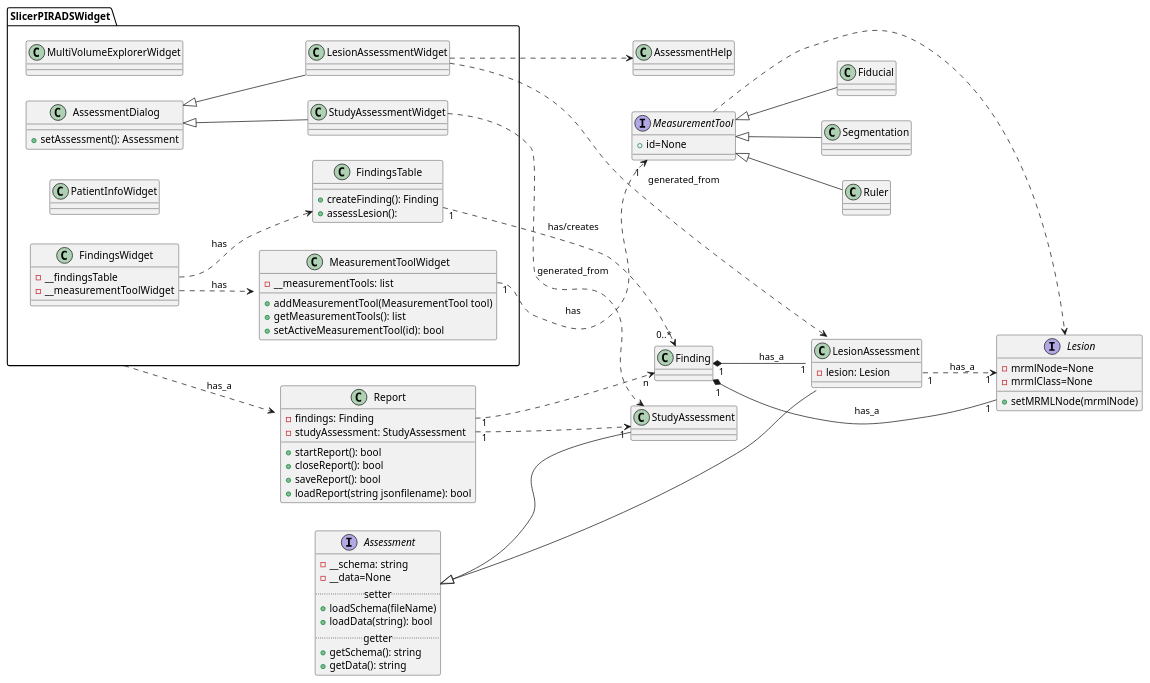
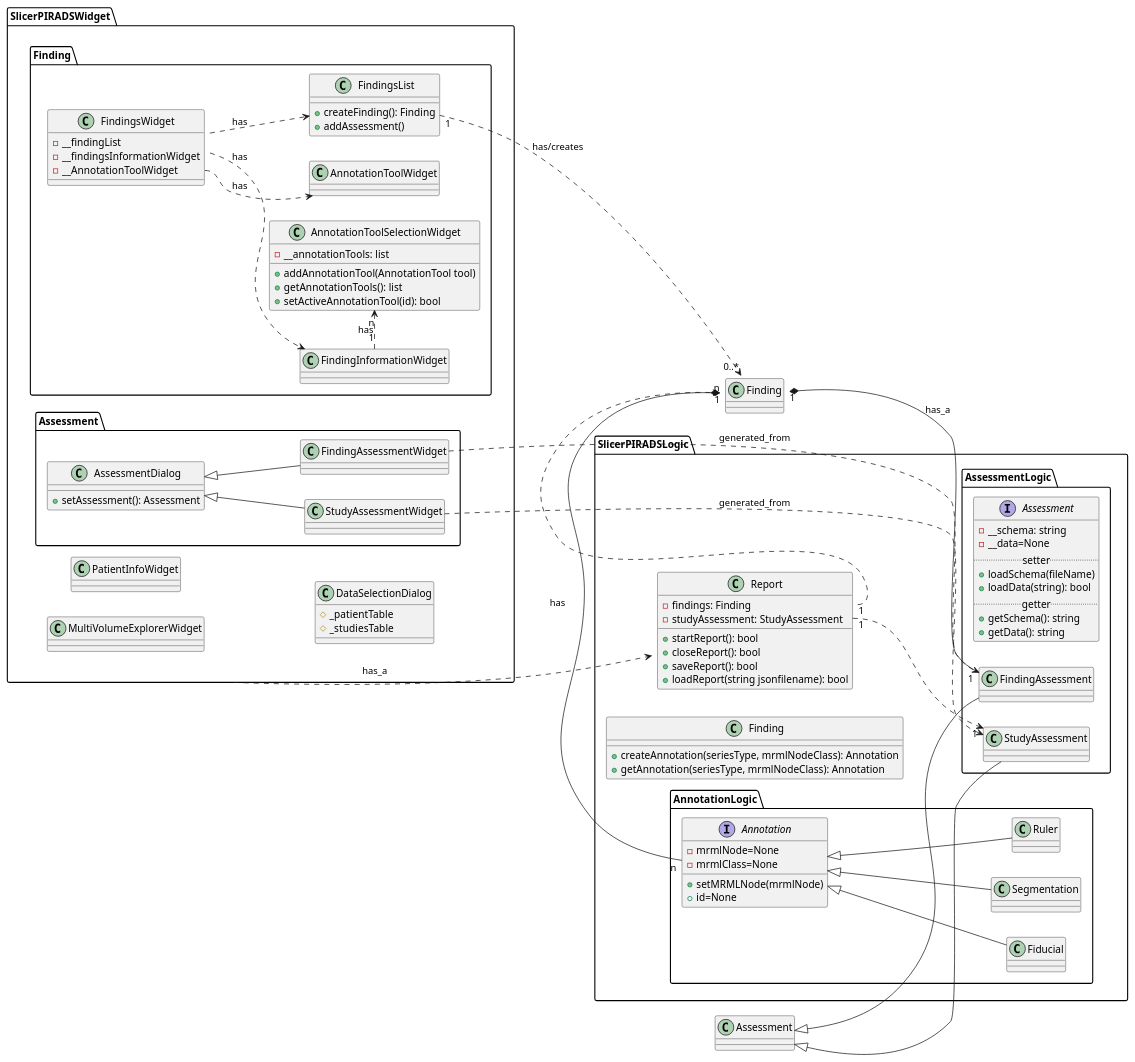
The diagram in Documentation/Classes.puml (QIICR/SlicerPIRADS), drawn with PlantUML before and after one commit. The commit also changed 13 other files, not shown here.

First line of the commit message:
ENH: support of n segmentation for n series types for each finding

```diff
--- a/Documentation/Classes.puml
+++ b/Documentation/Classes.puml
@@ -1,137 +1,162 @@
 @startuml
 left to right direction
 
 'TODO: think about loading and saving data!
 
 package SlicerPIRADSWidget {
 
   class MultiVolumeExplorerWidget {
   }
 
-  class AssessmentDialog {
-    + setAssessment(): Assessment
-  }
-
   class PatientInfoWidget {
   }
 
-  class FindingsWidget {
-    - __findingsTable
-    - __measurementToolWidget
+  package Finding {
+    class FindingsWidget {
+      - __findingList
+      - __findingsInformationWidget
+      - __AnnotationToolWidget
+    }
+
+    class FindingsList {
+      + createFinding(): Finding
+      + addAssessment()
+    }
+
+    class AnnotationToolSelectionWidget {
+      - __annotationTools: list
+      + addAnnotationTool(AnnotationTool tool)
+      + getAnnotationTools(): list
+      + setActiveAnnotationTool(id): bool
+    }
+
+    class FindingInformationWidget {
+
+    }
+
+    class AnnotationToolWidget {
+    }
   }
 
-  class FindingsTable {
-    + createFinding(): Finding
-    + assessLesion():
-  }
-
-  class MeasurementToolWidget {
-    - __measurementTools: list
-    + addMeasurementTool(MeasurementTool tool)
-    + getMeasurementTools(): list
-    + setActiveMeasurementTool(id): bool
+  class DataSelectionDialog {
+    # _patientTable
+    # _studiesTable
   }
 
   '  Connections
 
-  AssessmentDialog <|-- StudyAssessmentWidget
-  AssessmentDialog <|-- LesionAssessmentWidget
+  package Assessment {
 
-  FindingsWidget::__findingsTable ..> FindingsTable: has
-  FindingsWidget::__measurementToolWidget ..> MeasurementToolWidget: has
+    class AssessmentDialog {
+      + setAssessment(): Assessment
+    }
+    AssessmentDialog <|-- StudyAssessmentWidget
+    AssessmentDialog <|-- FindingAssessmentWidget
+  }
 
 }
 
-class AssessmentHelp {
 
+package SlicerPIRADSLogic {
+
+  package AssessmentLogic {
+    interface Assessment {
+      - __schema: string
+      - __data=None
+      .. setter ..
+      + loadSchema(fileName)
+      + loadData(string): bool
+      .. getter ..
+      + getSchema(): string
+      + getData(): string
+    }
+
+    class FindingAssessment {
+    }
+
+    class StudyAssessment {
+    }
+  }
+
+  'interface DataHandler {
+  '  + save()
+  '  + load(fileName): bool
+  '}
+  '
+  'class ReportDataHandler {
+  '}
+  'DataHandler <|-- ReportDataHandler
+  'DataHandler <|-- StudyAssessmentHandler
+  '
+  'Assessment -> DataHandler: has_a
+
+
+  class Finding {
+    + createAnnotation(seriesType, mrmlNodeClass): Annotation
+    + getAnnotation(seriesType, mrmlNodeClass): Annotation
+  }
+
+  class Report {
+  - findings: Finding
+  - studyAssessment: StudyAssessment
+  __
+  + startReport(): bool
+  + closeReport(): bool
+  + saveReport(): bool
+  + loadReport(string jsonfilename): bool
+  }
+
+  package AnnotationLogic {
+
+    interface Annotation {
+    - mrmlNode=None
+    - mrmlClass=None
+    __
+    + setMRMLNode(mrmlNode)
+    }
+
+    interface Annotation {
+      +id=None
+    }
+
+    class Fiducial {
+    }
+
+    class Segmentation {
+    }
+
+    class Ruler {
+    }
+  }
 }
 
-interface Assessment {
-  - __schema: string
-  - __data=None
-  .. setter ..
-  + loadSchema(fileName)
-  + loadData(string): bool
-  .. getter ..
-  + getSchema(): string
-  + getData(): string
-}
-
-'interface DataHandler {
-'  + save()
-'  + load(fileName): bool
-'}
-'
-'class ReportDataHandler {
-'}
-'DataHandler <|-- ReportDataHandler
-'DataHandler <|-- StudyAssessmentHandler
-'
-'Assessment -> DataHandler: has_a
-
-class LesionAssessment {
-  -lesion: Lesion
-}
-
-class StudyAssessment {
-}
-
-class Report {
-- findings: Finding
-- studyAssessment: StudyAssessment
-__
-+ startReport(): bool
-+ closeReport(): bool
-+ saveReport(): bool
-+ loadReport(string jsonfilename): bool
-}
-
-interface Lesion {
-- mrmlNode=None
-- mrmlClass=None
-__
-+ setMRMLNode(mrmlNode)
-}
-
-class Fiducial {
-}
-
-class Segmentation {
-}
-
-class Ruler {
-}
-
-interface MeasurementTool {
-  +id=None
-}
 
 SlicerPIRADSWidget ..> Report: has_a
 
-LesionAssessmentWidget ..> AssessmentHelp
+'FindingAssessmentWidget ..> AssessmentHelp
 
-LesionAssessmentWidget ..> LesionAssessment:generated_from
+FindingAssessmentWidget ..> FindingAssessment:generated_from
 StudyAssessmentWidget ..> StudyAssessment:generated_from
 
-FindingsTable "1" ..> "0..*" Finding:has/creates
+FindingsList "1" ..> "0..*" Finding:has/creates
+FindingsWidget ..> FindingInformationWidget: has
+FindingsWidget::_AnnotationToolWidget ..> AnnotationToolWidget: has
+FindingsWidget::__FindingsList ..> FindingsList: has
 
-MeasurementToolWidget::__measurementTool "1" ..> "1" MeasurementTool: has
+Annotation <|-- Fiducial
+Annotation <|-- Segmentation
+Annotation <|-- Ruler
 
-MeasurementTool <|-- Fiducial
-MeasurementTool <|-- Segmentation
-MeasurementTool <|-- Ruler
+FindingInformationWidget "1" .> "n" AnnotationToolSelectionWidget: has
 
-MeasurementTool ..> Lesion
 
-Finding "1" *-- "1" LesionAssessment: has_a
-Finding "1" *-- "1" Lesion: has_a
-LesionAssessment::lesion "1" ..> "1" Lesion: has_a
-
+Finding "1" *-- "1" FindingAssessment: has_a
+Finding::_annotations "1" *-- "n" Annotation: has
 
 Report::findings "1" ..> "n" Finding
 Report::studyAssessment "1" ..> "1" StudyAssessment
 
-Assessment <|-- LesionAssessment
+Assessment <|-- FindingAssessment
 Assessment <|-- StudyAssessment
 
 @enduml
```
